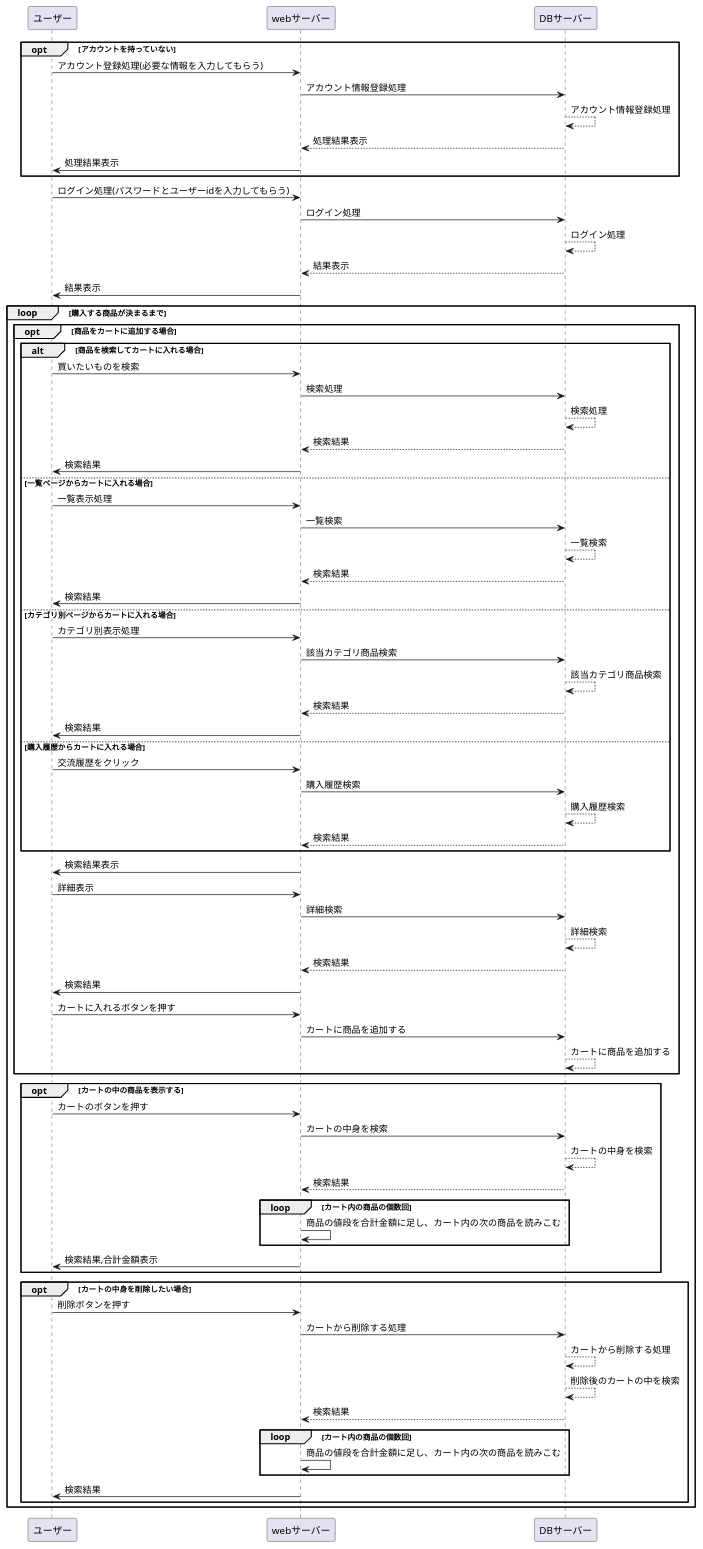
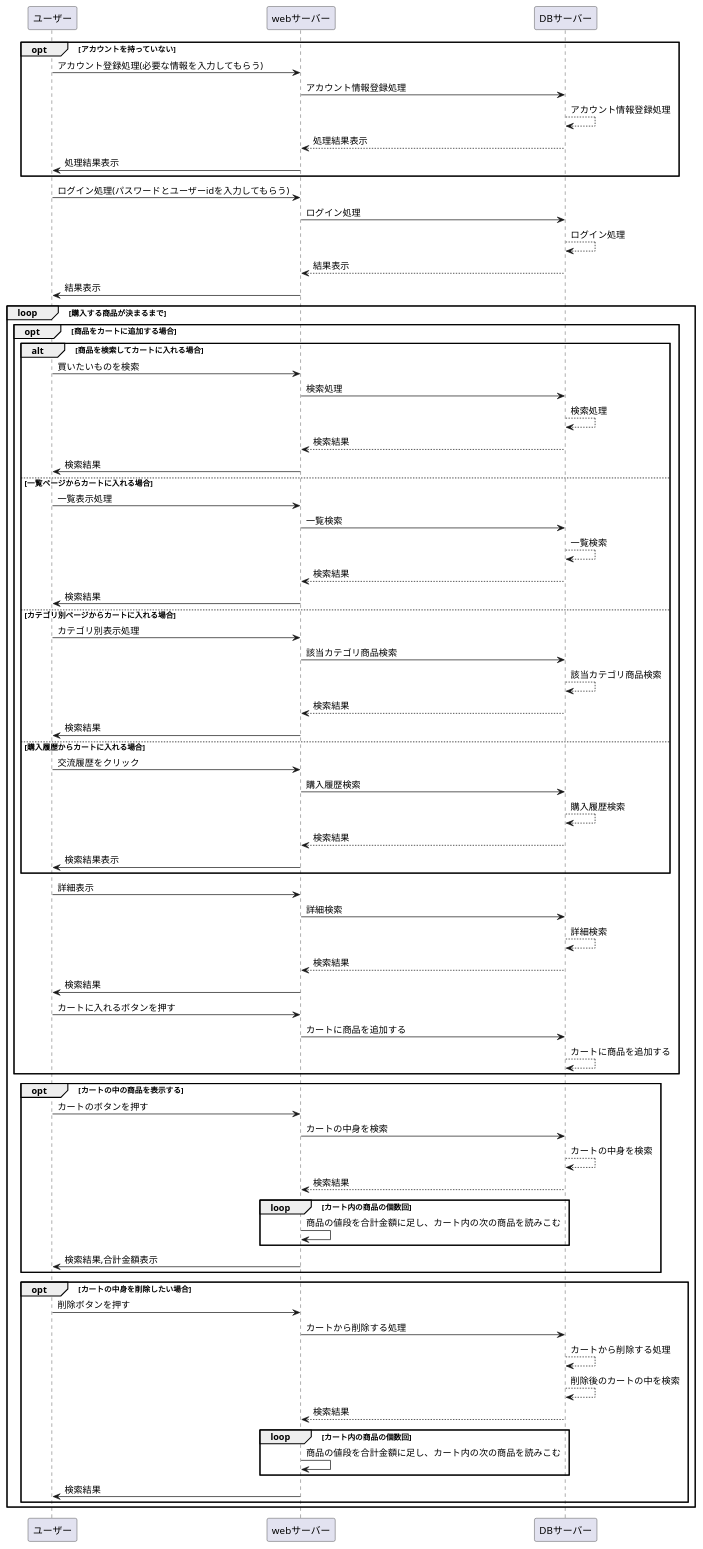
Before and after one commit to aso2001036/kaihatu: the diagram in 業務フロー図/flow1.md, drawn with PlantUML. The commit also changed other lines of this file, not shown here.

```diff
--- a/業務フロー図/flow1.md
+++ b/業務フロー図/flow1.md
@@ -42,9 +42,9 @@
 webサーバー -> DBサーバー: 購入履歴検索
 DBサーバー --> DBサーバー : 購入履歴検索
 DBサーバー --> webサーバー: 検索結果
+webサーバー -> ユーザー :検索結果表示
 end
 
-webサーバー -> ユーザー :検索結果表示
 ユーザー -> webサーバー : 詳細表示
 webサーバー -> DBサーバー: 詳細検索
 DBサーバー --> DBサーバー : 詳細検索
```
